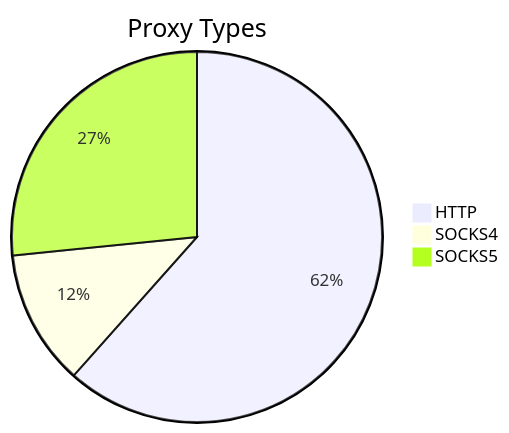
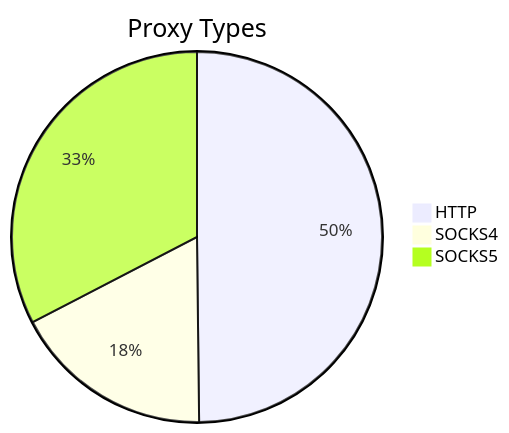
Before and after one commit to stormsia/proxy-list: the first of 2 diagrams in README.md, drawn with Mermaid. The commit also changed other lines of this file, not shown here.

````diff
--- a/README.md
+++ b/README.md
@@ -21,6 +21,6 @@
 ```mermaid
 pie title Proxy Types
-    "HTTP" : 125
-    "SOCKS4" : 24
-    "SOCKS5" : 54
+    "HTTP" : 136
+    "SOCKS4" : 48
+    "SOCKS5" : 89
 ```
````
